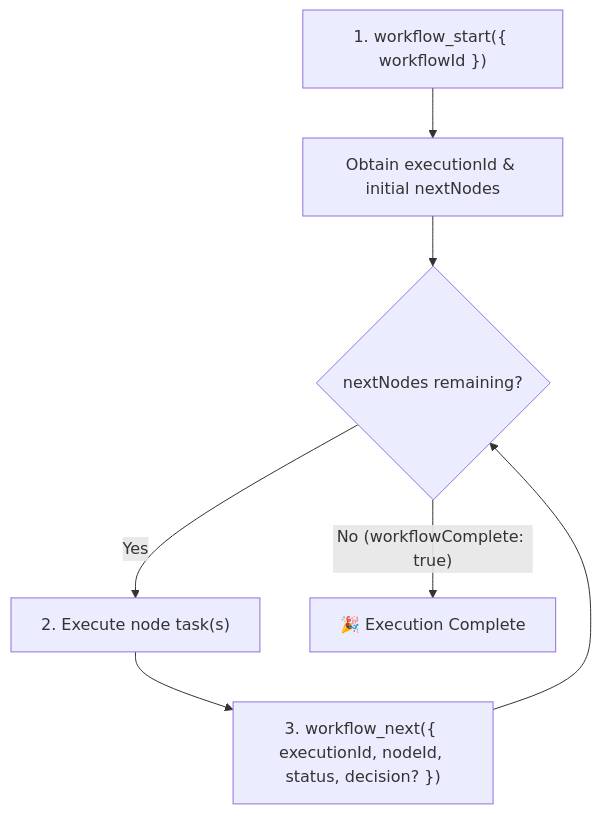
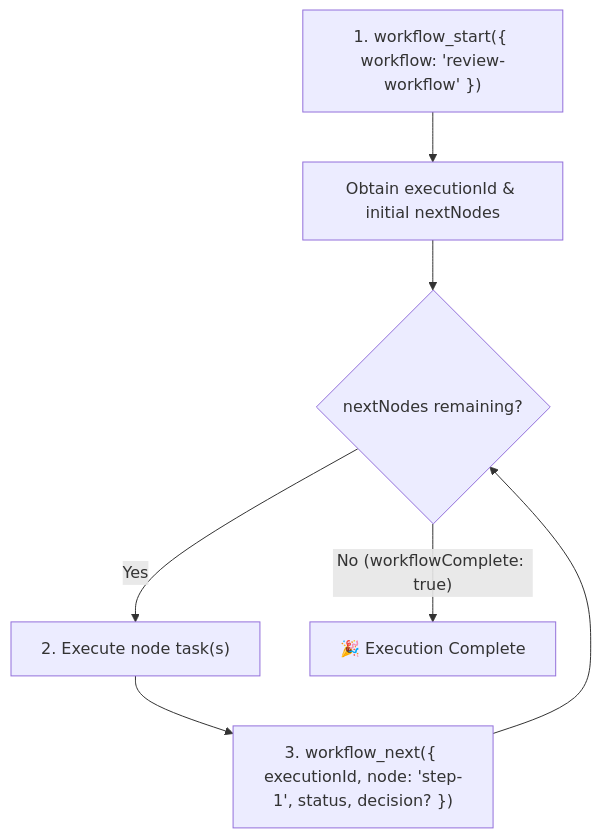
Before and after one commit to mcclellanmj/workflow-builder-mcp: the diagram in instructions.md, drawn with Mermaid. The commit also changed other lines of this file and 49 other files, not shown here.

````diff
--- a/instructions.md
+++ b/instructions.md
@@ -27,9 +41,9 @@
 ```mermaid
 flowchart TD
-    StartRun["1. workflow_start({ workflowId })"] --> ObtainExec["Obtain executionId & initial nextNodes"]
+    StartRun["1. workflow_start({ workflow: 'review-workflow' })"] --> ObtainExec["Obtain executionId & initial nextNodes"]
     ObtainExec --> ActionLoop{"nextNodes remaining?"}
     ActionLoop -- Yes --> RunNode["2. Execute node task(s)"]
-    RunNode --> StepNext["3. workflow_next({ executionId, nodeId, status, decision? })"]
+    RunNode --> StepNext["3. workflow_next({ executionId, node: 'step-1', status, decision? })"]
     StepNext --> ActionLoop
     ActionLoop -- "No (workflowComplete: true)" --> Finished["🎉 Execution Complete"]
 ```
````
